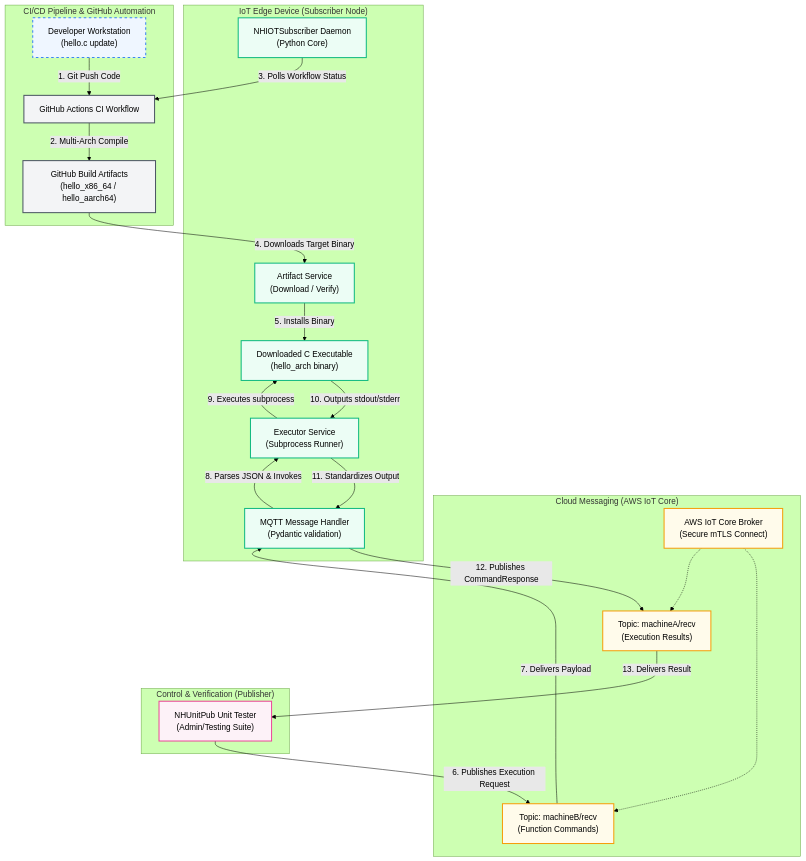
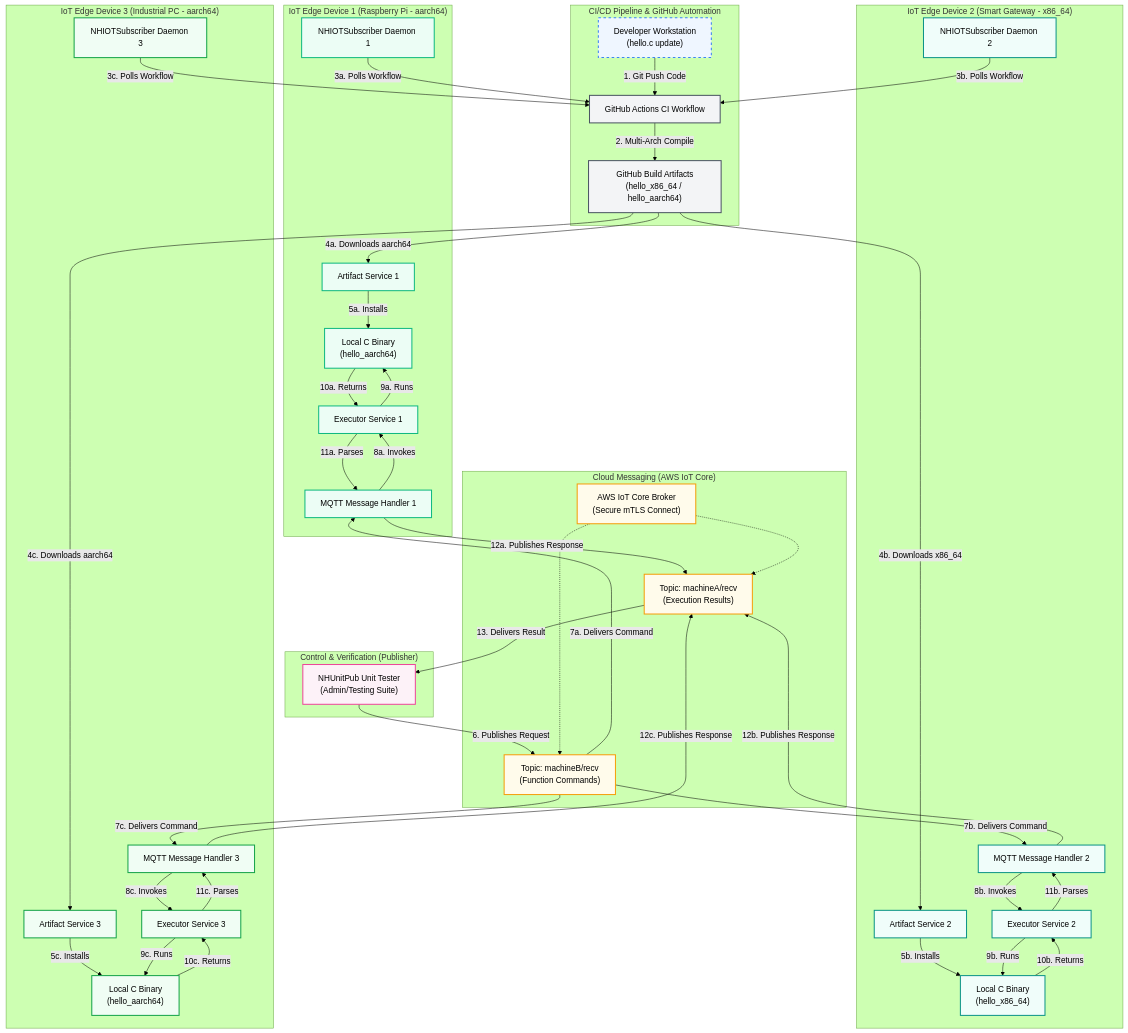
Before and after one commit to Amari-Lawal/NHIOTPipeline: the diagram in README.md, drawn with Mermaid (forest theme).

Commit message:
docs: scale architecture diagram to demonstrate multiple active edge devices

```diff
--- a/README.md
+++ b/README.md
@@ -53,7 +53,9 @@
     classDef devStyle fill:#EFF6FF,stroke:#3B82F6,stroke-width:2px,stroke-dasharray: 5 5;
     classDef gitStyle fill:#F3F4F6,stroke:#4B5563,stroke-width:2px;
     classDef awsStyle fill:#FFFBEB,stroke:#F59E0B,stroke-width:2px;
-    classDef edgeStyle fill:#ECFDF5,stroke:#10B981,stroke-width:2px;
+    classDef edge1 fill:#ECFDF5,stroke:#10B981,stroke-width:2px;
+    classDef edge2 fill:#F0FDFA,stroke:#0D9488,stroke-width:2px;
+    classDef edge3 fill:#F0FDF4,stroke:#16A34A,stroke-width:2px;
     classDef pubStyle fill:#FDF2F8,stroke:#EC4899,stroke-width:2px;
 
     %% Subgraphs
@@ -69,16 +71,35 @@
         Topic_A["Topic: machineA/recv<br>(Execution Results)"]:::awsStyle
     end
 
-    subgraph Edge_Device ["IoT Edge Device (Subscriber Node)"]
-        Sub_Daemon["NHIOTSubscriber Daemon<br>(Python Core)"]:::edgeStyle
-        Artifact_Service["Artifact Service<br>(Download / Verify)"]:::edgeStyle
-        Local_Binary["Downloaded C Executable<br>(hello_arch binary)"]:::edgeStyle
-        MQTT_Handler["MQTT Message Handler<br>(Pydantic validation)"]:::edgeStyle
-        Executor["Executor Service<br>(Subprocess Runner)"]:::edgeStyle
+    subgraph Control_Center ["Control & Verification (Publisher)"]
+        Pub_Client["NHUnitPub Unit Tester<br>(Admin/Testing Suite)"]:::pubStyle
     end
 
-    subgraph Control_Center ["Control & Verification (Publisher)"]
-        Pub_Client["NHUnitPub Unit Tester<br>(Admin/Testing Suite)"]:::pubStyle
+    %% Device 1 Subgraph
+    subgraph Edge_Device_1 ["IoT Edge Device 1 (Raspberry Pi - aarch64)"]
+        Sub_Daemon_1["NHIOTSubscriber Daemon 1"]:::edge1
+        Artifact_Service_1["Artifact Service 1"]:::edge1
+        Local_Binary_1["Local C Binary<br>(hello_aarch64)"]:::edge1
+        MQTT_Handler_1["MQTT Message Handler 1"]:::edge1
+        Executor_1["Executor Service 1"]:::edge1
+    end
+
+    %% Device 2 Subgraph
+    subgraph Edge_Device_2 ["IoT Edge Device 2 (Smart Gateway - x86_64)"]
+        Sub_Daemon_2["NHIOTSubscriber Daemon 2"]:::edge2
+        Artifact_Service_2["Artifact Service 2"]:::edge2
+        Local_Binary_2["Local C Binary<br>(hello_x86_64)"]:::edge2
+        MQTT_Handler_2["MQTT Message Handler 2"]:::edge2
+        Executor_2["Executor Service 2"]:::edge2
+    end
+
+    %% Device 3 Subgraph
+    subgraph Edge_Device_3 ["IoT Edge Device 3 (Industrial PC - aarch64)"]
+        Sub_Daemon_3["NHIOTSubscriber Daemon 3"]:::edge3
+        Artifact_Service_3["Artifact Service 3"]:::edge3
+        Local_Binary_3["Local C Binary<br>(hello_aarch64)"]:::edge3
+        MQTT_Handler_3["MQTT Message Handler 3"]:::edge3
+        Executor_3["Executor Service 3"]:::edge3
     end
 
     %% CI/CD Flow
@@ -86,22 +107,48 @@
     GH_Actions -->|2. Multi-Arch Compile| GH_Artifacts
     
     %% OTA Update Flow
-    Sub_Daemon -->|3. Polls Workflow Status| GH_Actions
-    GH_Artifacts -->|4. Downloads Target Binary| Artifact_Service
-    Artifact_Service -->|5. Installs Binary| Local_Binary
+    Sub_Daemon_1 -->|3a. Polls Workflow| GH_Actions
+    Sub_Daemon_2 -->|3b. Polls Workflow| GH_Actions
+    Sub_Daemon_3 -->|3c. Polls Workflow| GH_Actions
+
+    GH_Artifacts -->|4a. Downloads aarch64| Artifact_Service_1
+    GH_Artifacts -->|4b. Downloads x86_64| Artifact_Service_2
+    GH_Artifacts -->|4c. Downloads aarch64| Artifact_Service_3
+
+    Artifact_Service_1 -->|5a. Installs| Local_Binary_1
+    Artifact_Service_2 -->|5b. Installs| Local_Binary_2
+    Artifact_Service_3 -->|5c. Installs| Local_Binary_3
 
     %% Message Flow - Execution Request
-    Pub_Client -->|6. Publishes Execution Request| Topic_B
-    Topic_B -->|7. Delivers Payload| MQTT_Handler
+    Pub_Client -->|6. Publishes Request| Topic_B
     
-    %% Execution Flow on Edge
-    MQTT_Handler -->|8. Parses JSON & Invokes| Executor
-    Executor -->|9. Executes subprocess| Local_Binary
-    Local_Binary -->|10. Outputs stdout/stderr| Executor
-    Executor -->|11. Standardizes Output| MQTT_Handler
+    Topic_B -->|7a. Delivers Command| MQTT_Handler_1
+    Topic_B -->|7b. Delivers Command| MQTT_Handler_2
+    Topic_B -->|7c. Delivers Command| MQTT_Handler_3
+    
+    %% Execution Flow on Edge 1
+    MQTT_Handler_1 -->|8a. Invokes| Executor_1
+    Executor_1 -->|9a. Runs| Local_Binary_1
+    Local_Binary_1 -->|10a. Returns| Executor_1
+    Executor_1 -->|11a. Parses| MQTT_Handler_1
+
+    %% Execution Flow on Edge 2
+    MQTT_Handler_2 -->|8b. Invokes| Executor_2
+    Executor_2 -->|9b. Runs| Local_Binary_2
+    Local_Binary_2 -->|10b. Returns| Executor_2
+    Executor_2 -->|11b. Parses| MQTT_Handler_2
+
+    %% Execution Flow on Edge 3
+    MQTT_Handler_3 -->|8c. Invokes| Executor_3
+    Executor_3 -->|9c. Runs| Local_Binary_3
+    Local_Binary_3 -->|10c. Returns| Executor_3
+    Executor_3 -->|11c. Parses| MQTT_Handler_3
     
     %% Message Flow - Execution Response
-    MQTT_Handler -->|12. Publishes CommandResponse| Topic_A
+    MQTT_Handler_1 -->|12a. Publishes Response| Topic_A
+    MQTT_Handler_2 -->|12b. Publishes Response| Topic_A
+    MQTT_Handler_3 -->|12c. Publishes Response| Topic_A
+
     Topic_A -->|13. Delivers Result| Pub_Client
     
     %% Association connections
```
